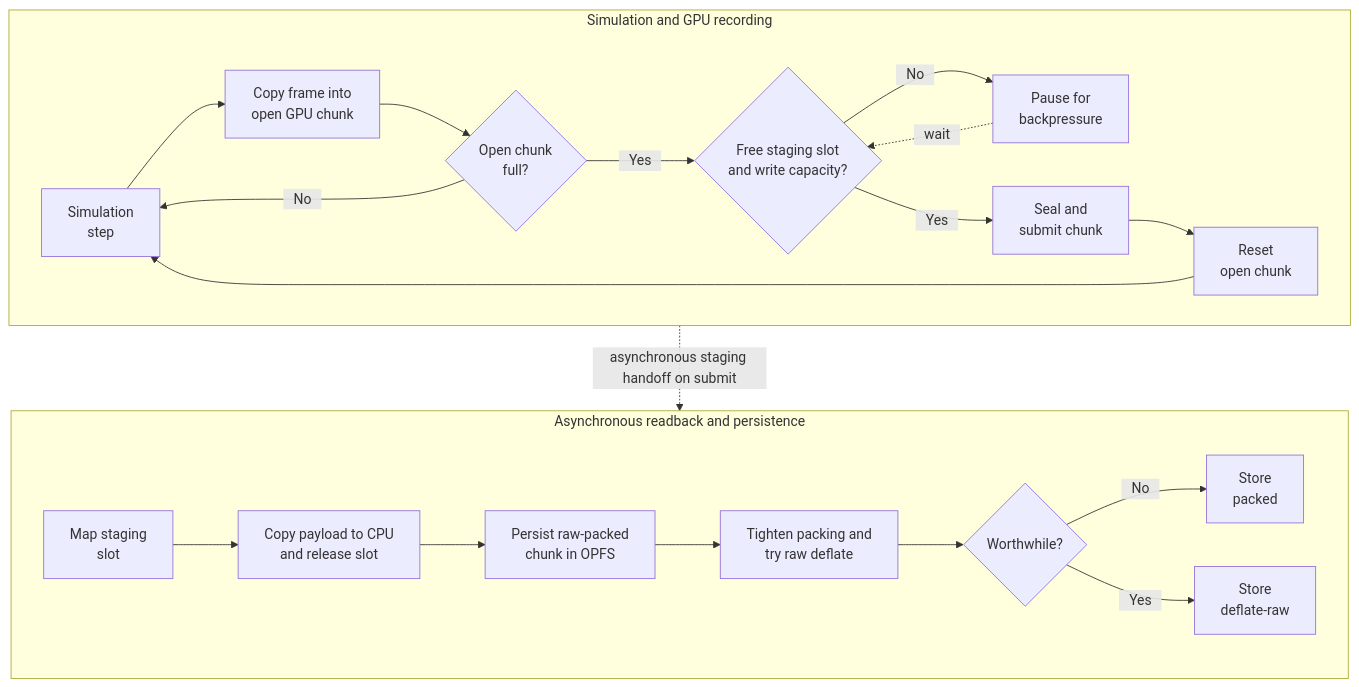
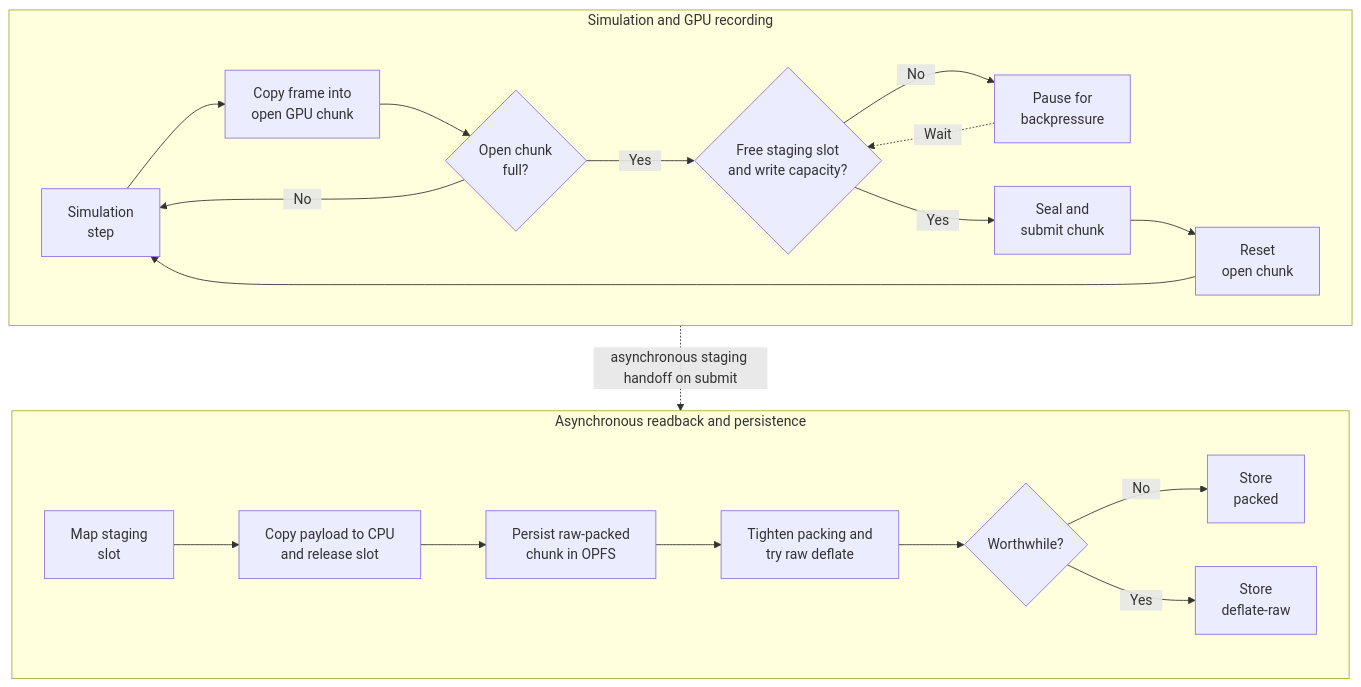
One commit to rChimisso/game-of-life-tribes changed the diagram in wiki/mermaid/recording-opfs-flow.mmd. Above: the diagram before and after it, drawn with Mermaid. The commit also changed 5 other files, not shown here.

Commit message:
Fix wiki diagrams.

```diff
--- a/wiki/mermaid/recording-opfs-flow.mmd
+++ b/wiki/mermaid/recording-opfs-flow.mmd
@@ -1,38 +1,38 @@
 flowchart TB
 
   subgraph Simulation["Simulation and GPU recording"]
     direction LR
 
     Step["Simulation<br/>step"]
     Copy["Copy frame into<br/>open GPU chunk"]
     Full{"Open chunk<br/>full?"}
     Capacity{"Free staging slot<br/>and write capacity?"}
     Backpressure["Pause for<br/>backpressure"]
     Submit["Seal and<br/>submit chunk"]
     Reset["Reset<br/>open chunk"]
 
     Step --> Copy --> Full
     Full -- ⠀No⠀ --> Step
     Full -- ⠀Yes⠀ --> Capacity
-    Backpressure -. "⠀wait⠀" .-> Capacity
+    Backpressure -. "⠀Wait⠀" .-> Capacity
     Capacity -- ⠀Yes⠀ --> Submit --> Reset --> Step
     Capacity -- ⠀No⠀ --> Backpressure
   end
 
   subgraph Persistence["Asynchronous readback and persistence"]
     direction LR
 
     Readback["Map staging<br/>slot"]
     Payload["Copy payload to CPU<br/>and release slot"]
     Raw["Persist raw-packed<br/>chunk in OPFS"]
     Optimize["Tighten packing and<br/>try raw deflate"]
     Worthwhile{"Worthwhile?"}
     Deflated["Store<br/>deflate-raw"]
     Packed["Store<br/>packed"]
 
     Readback --> Payload --> Raw --> Optimize --> Worthwhile
     Worthwhile -- ⠀No⠀ --> Packed
     Worthwhile -- ⠀Yes⠀ --> Deflated
   end
 
   Simulation -. "asynchronous staging handoff on submit" .-> Persistence
```
